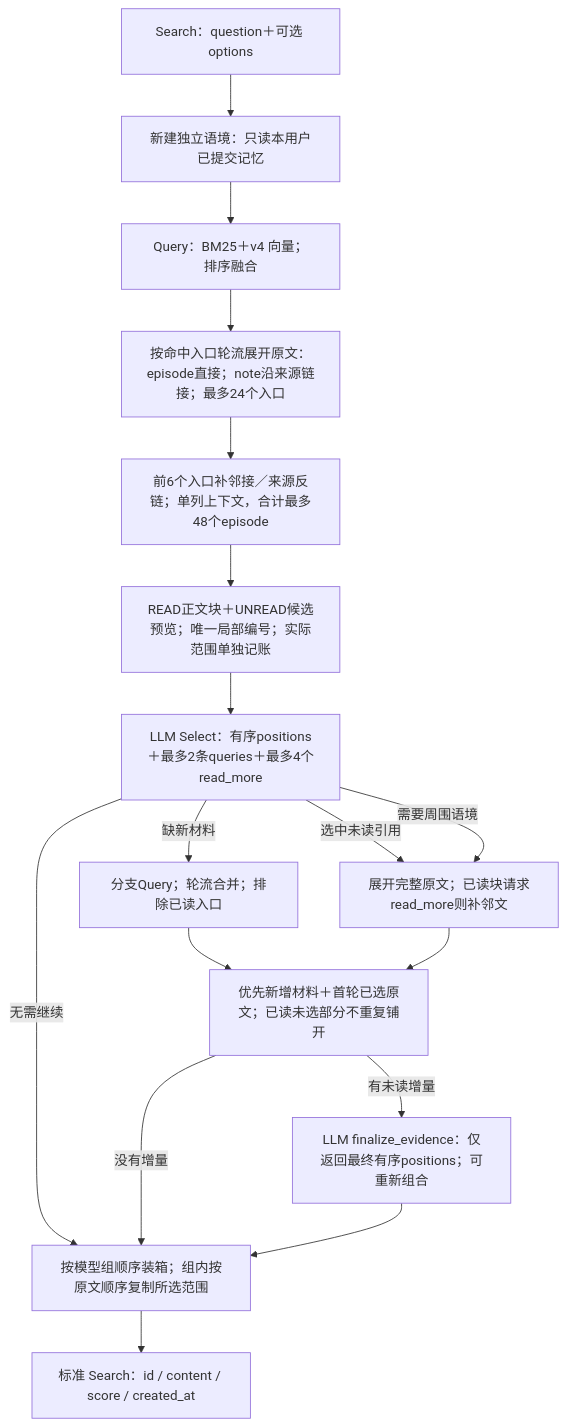
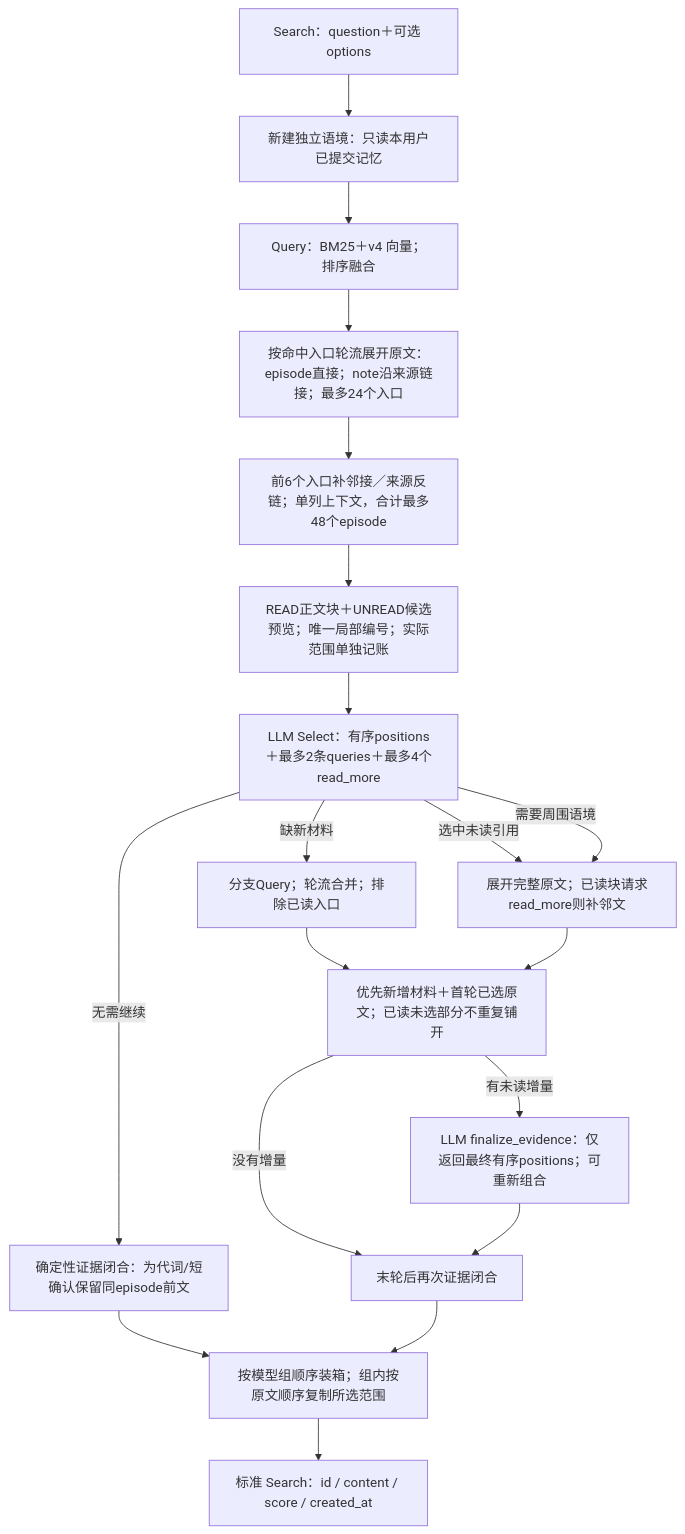
The second of 2 diagrams in DESIGN.md (Graygoo7529/AM-Link), drawn with Mermaid before and after one commit. The commit also changed other lines of this file and 11 other files, not shown here.

````diff
--- a/DESIGN.md
+++ b/DESIGN.md
@@ -84,19 +84,21 @@
 ```mermaid
 flowchart TD
   Q["Search：question＋可选 options"] --> C["新建独立语境：只读本用户已提交记忆"]
   C --> R["Query：BM25＋v4 向量；排序融合"]
   R --> D["按命中入口轮流展开原文：episode直接；note沿来源链接；最多24个入口"]
   D --> B["前6个入口补邻接／来源反链；单列上下文，合计最多48个episode"]
   B --> K["READ正文块＋UNREAD候选预览；唯一局部编号；实际范围单独记账"]
   K --> S["LLM Select：有序positions＋最多2条queries＋最多4个read_more"]
-  S -->|无需继续| P["按模型组顺序装箱；组内按原文顺序复制所选范围"]
+  S -->|无需继续| X["确定性证据闭合：为代词/短确认保留同episode前文"]
+  X --> P["按模型组顺序装箱；组内按原文顺序复制所选范围"]
   S -->|缺新材料| R2["分支Query；轮流合并；排除已读入口"]
   S -->|选中未读引用| I2["展开完整原文；已读块请求read_more则补邻文"]
   S -->|需要周围语境| I2
   R2 --> C2["优先新增材料＋首轮已选原文；已读未选部分不重复铺开"]
   I2 --> C2
   C2 -->|有未读增量| S2["LLM finalize_evidence：仅返回最终有序positions；可重新组合"]
-  C2 -->|没有增量| P
-  S2 --> P
+  C2 -->|没有增量| X2["末轮后再次证据闭合"]
+  S2 --> X2
+  X2 --> P
   P --> O["标准 Search：id / content / score / created_at"]
 ```
````
